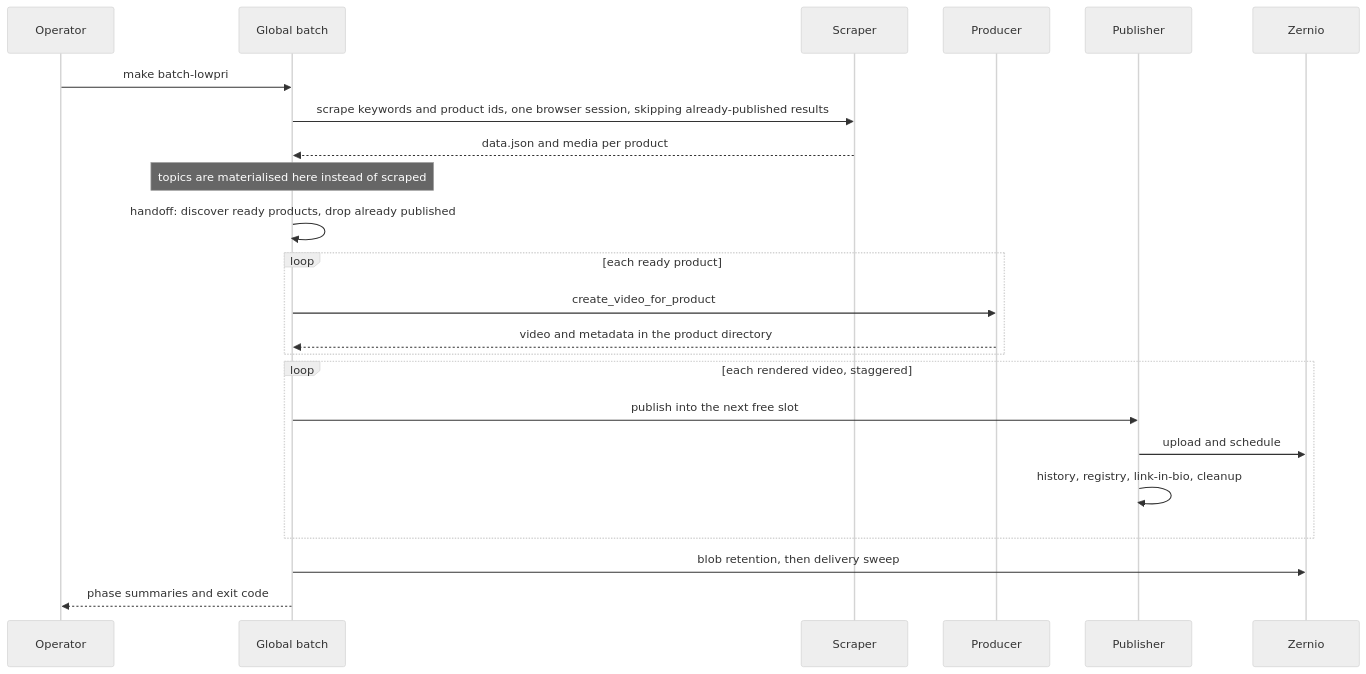
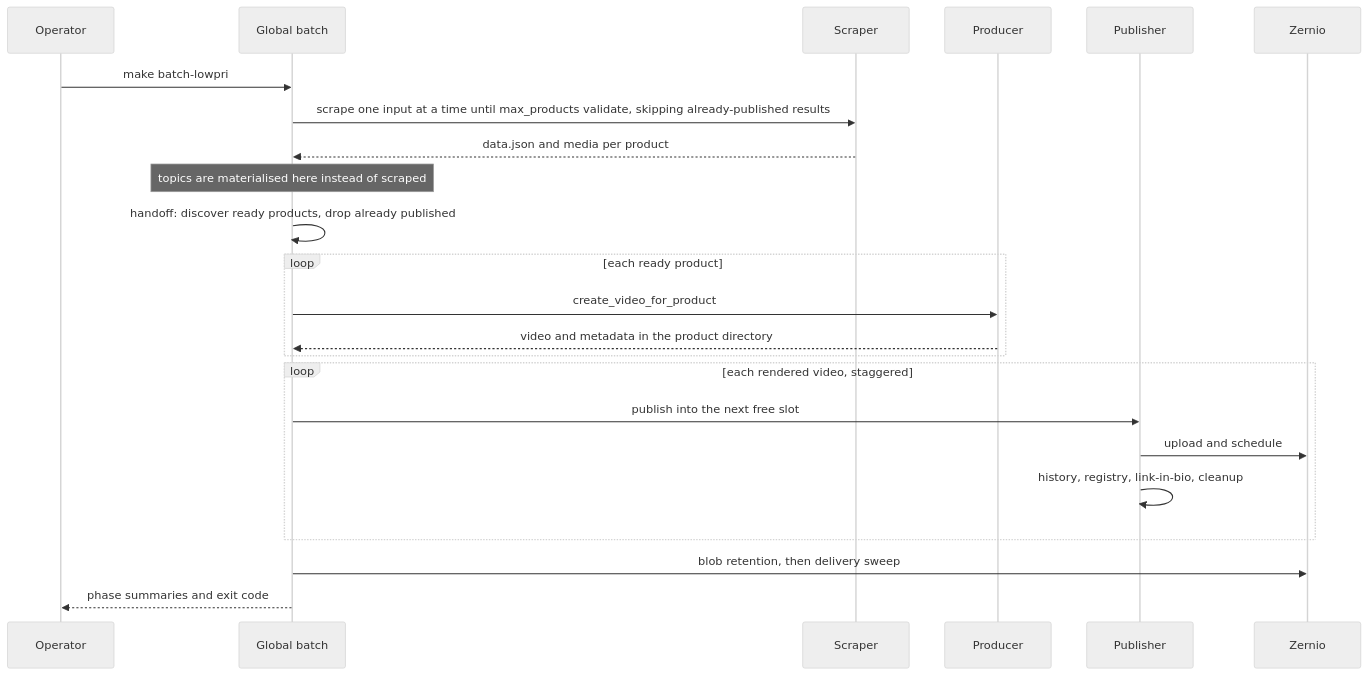
One commit to stkzlv/ContentEngineAI changed the third of 5 diagrams in docs/architecture.md. Above: the diagram before and after it, drawn with Mermaid (neutral theme). The commit also changed 11 other files, not shown here.

First line of the commit message:
Scrape one batch input at a time and stop at the cap (#822)

````diff
--- a/docs/architecture.md
+++ b/docs/architecture.md
@@ -166,26 +166,26 @@
 ```mermaid
 sequenceDiagram
     participant Op as Operator
     participant B as Global batch
     participant S as Scraper
     participant P as Producer
     participant Pub as Publisher
     participant Z as Zernio
 
     Op->>B: make batch-lowpri
-    B->>S: scrape keywords and product ids, one browser session, skipping already-published results
+    B->>S: scrape one input at a time until max_products validate, skipping already-published results
     S-->>B: data.json and media per product
     Note over B: topics are materialised here instead of scraped
     B->>B: handoff: discover ready products, drop already published
     loop each ready product
         B->>P: create_video_for_product
         P-->>B: video and metadata in the product directory
     end
     loop each rendered video, staggered
         B->>Pub: publish into the next free slot
         Pub->>Z: upload and schedule
         Pub->>Pub: history, registry, link-in-bio, cleanup
     end
     B->>Z: blob retention, then delivery sweep
     B-->>Op: phase summaries and exit code
 ```
````
